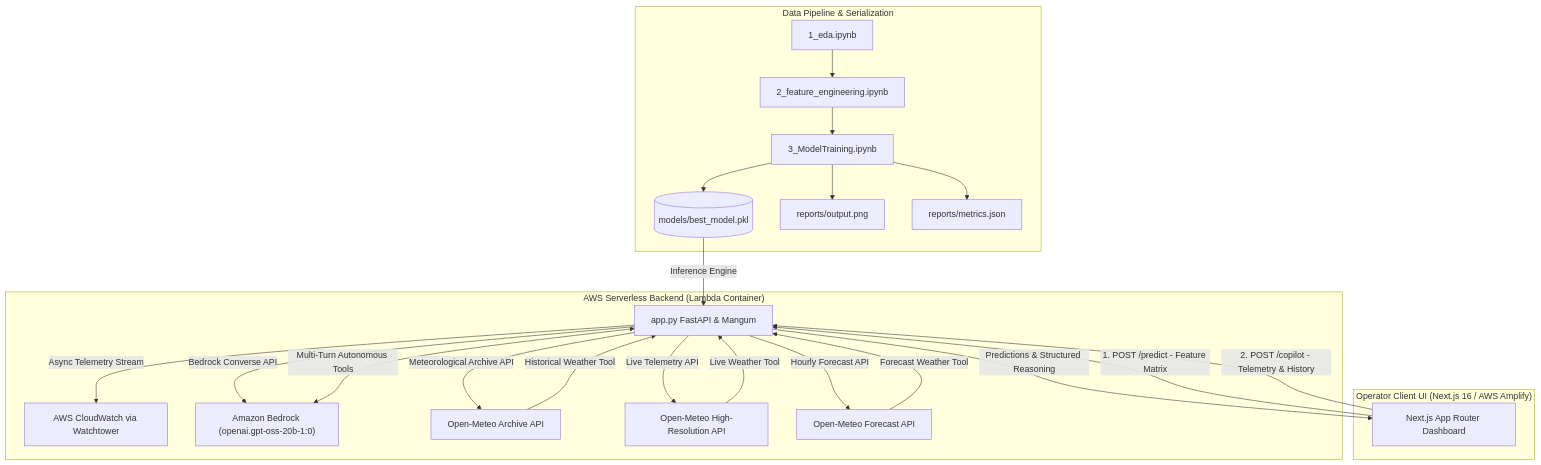
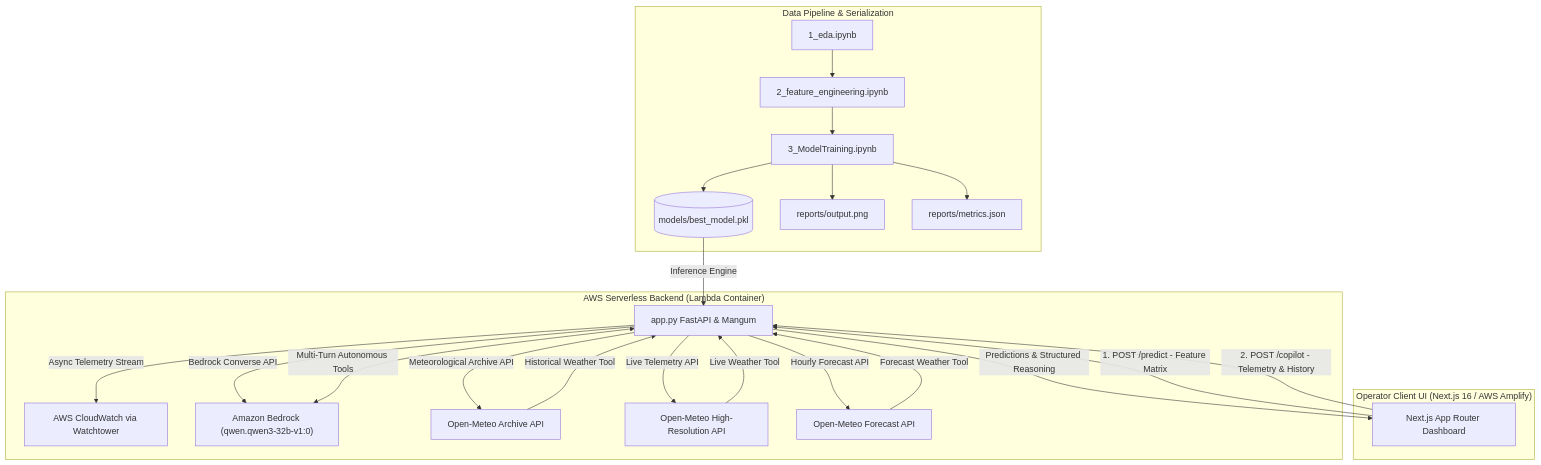
Before and after one commit to akhi-lbj/pjme_energy_consumption_estimator: the diagram in README.md, drawn with Mermaid. The commit also changed other lines of this file and 3 other files, not shown here.

Commit message:
fix(copilot): switch Bedrock model to qwen.qwen3-32b-v1:0, update IAM policies, and bump Lambda timeout

````diff
--- a/README.md
+++ b/README.md
@@ -21,31 +21,31 @@
 ```mermaid
 graph TB
     subgraph Pipeline["Data Pipeline & Serialization"]
         EDA["1_eda.ipynb"] --> FE["2_feature_engineering.ipynb"]
         FE --> MT["3_ModelTraining.ipynb"]
         MT --> Model[("models/best_model.pkl")]
         MT --> RepFig["reports/output.png"]
         MT --> RepMet["reports/metrics.json"]
     end
 
     subgraph Backend["AWS Serverless Backend (Lambda Container)"]
         API["app.py FastAPI & Mangum"]
         Model -->|Inference Engine| API
         API -->|Async Telemetry Stream| CW["AWS CloudWatch via Watchtower"]
-        API -->|Bedrock Converse API| Bedrock["Amazon Bedrock (openai.gpt-oss-20b-1:0)"]
+        API -->|Bedrock Converse API| Bedrock["Amazon Bedrock (qwen.qwen3-32b-v1:0)"]
         API -->|Meteorological Archive API| HistWeather["Open-Meteo Archive API"]
         API -->|Live Telemetry API| LiveWeather["Open-Meteo High-Resolution API"]
         API -->|Hourly Forecast API| ForeWeather["Open-Meteo Forecast API"]
         HistWeather -->|Historical Weather Tool| API
         LiveWeather -->|Live Weather Tool| API
         ForeWeather -->|Forecast Weather Tool| API
         Bedrock <-->|Multi-Turn Autonomous Tools| API
     end
 
     subgraph Client["Operator Client UI (Next.js 16 / AWS Amplify)"]
         FE_UI["Next.js App Router Dashboard"]
         FE_UI -->|1. POST /predict - Feature Matrix| API
         FE_UI -->|2. POST /copilot - Telemetry & History| API
         API -->|Predictions & Structured Reasoning| FE_UI
     end
 ```
````
